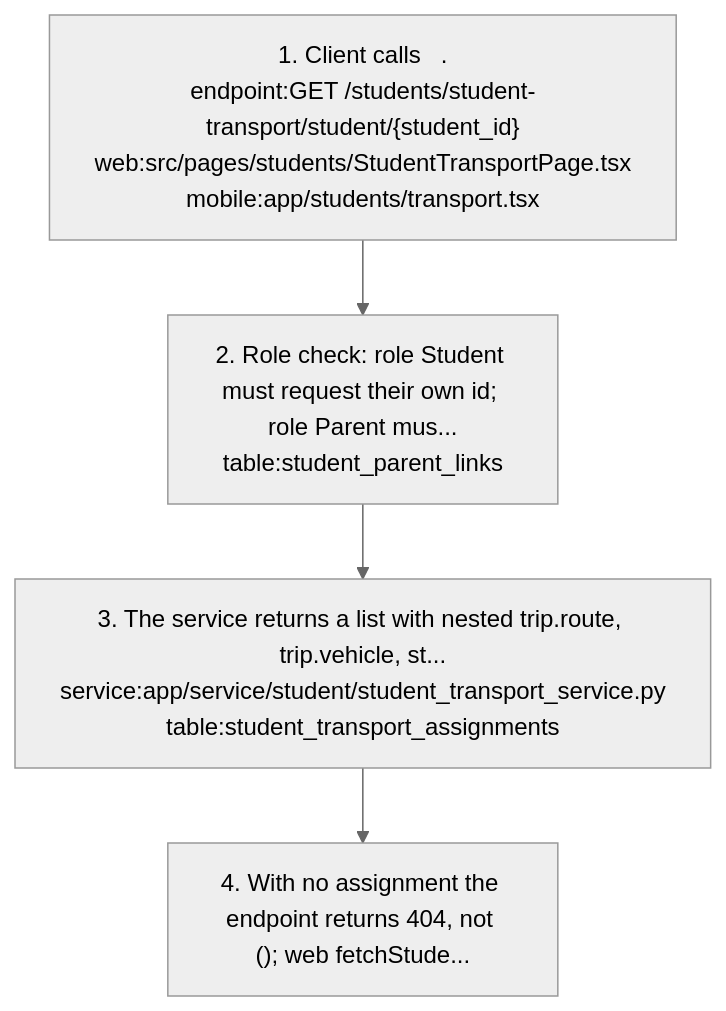
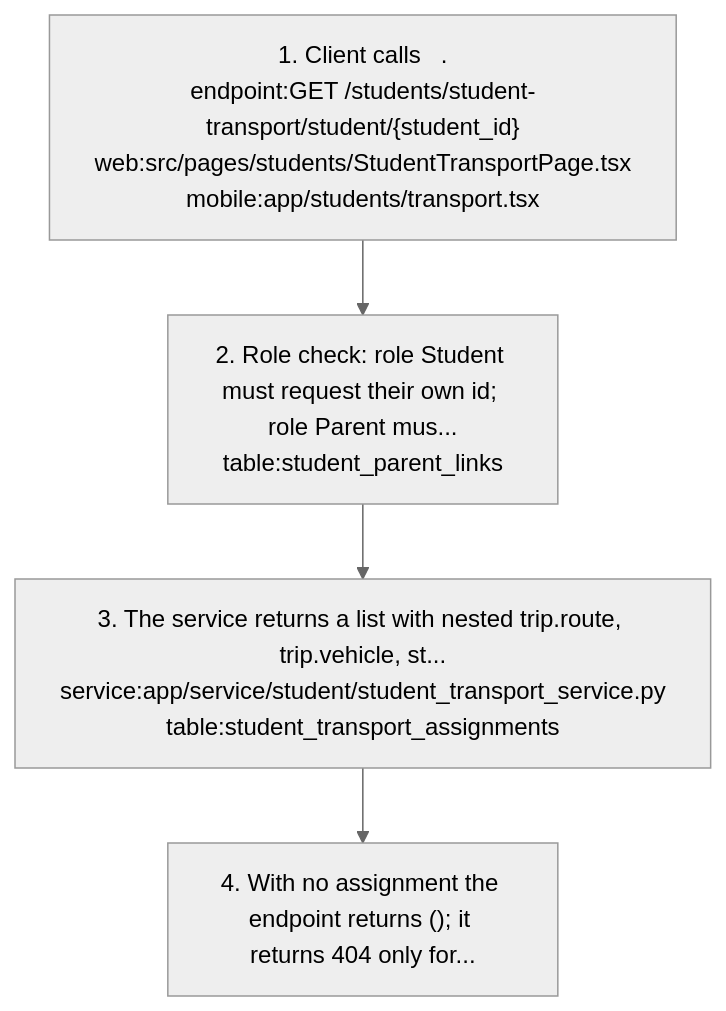
The eighth of 8 diagrams in docs/graph/views/transport.md (nerellasraj21/cos360_full_app), drawn with Mermaid (neutral theme) before and after one commit. The commit also changed other lines of this file and 44 other files, not shown here.

First line of the commit message:
Re-verify project docs and knowledge graph against current code

````diff
--- a/docs/graph/views/transport.md
+++ b/docs/graph/views/transport.md
@@ -284,10 +284,10 @@
 ```mermaid
 flowchart TD
   s1["1. Client calls   .<br/>endpoint:GET /students/student-transport/student/{student_id}<br/>web:src/pages/students/StudentTransportPage.tsx<br/>mobile:app/students/transport.tsx"]
   s2["2. Role check: role Student must request their own id; role Parent mus...<br/>table:student_parent_links"]
   s1 --> s2
   s3["3. The service returns a list with nested trip.route, trip.vehicle, st...<br/>service:app/service/student/student_transport_service.py<br/>table:student_transport_assignments"]
   s2 --> s3
-  s4["4. With no assignment the endpoint returns 404, not (); web fetchStude..."]
+  s4["4. With no assignment the endpoint returns (); it returns 404 only for..."]
   s3 --> s4
 ```
````
